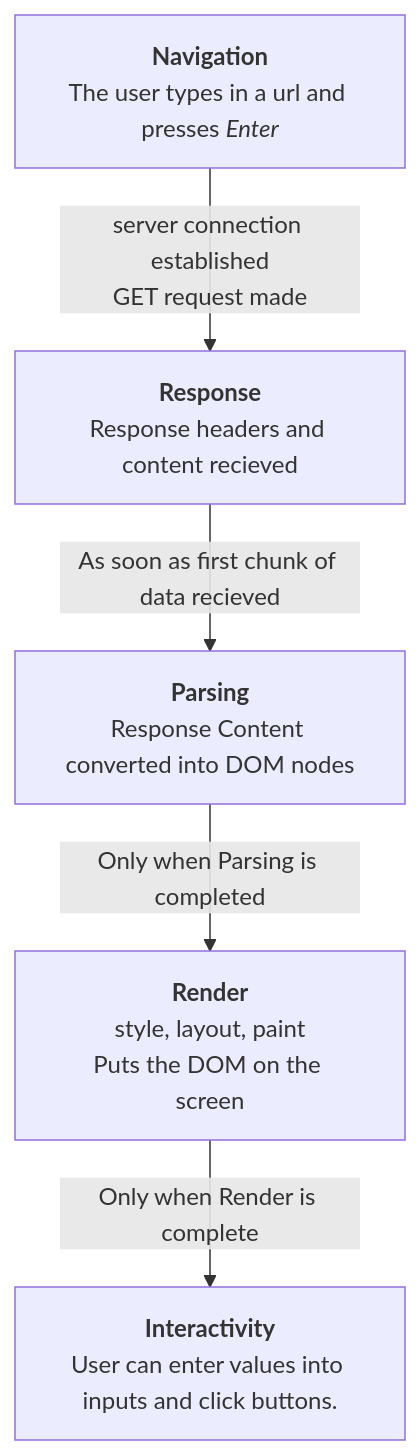
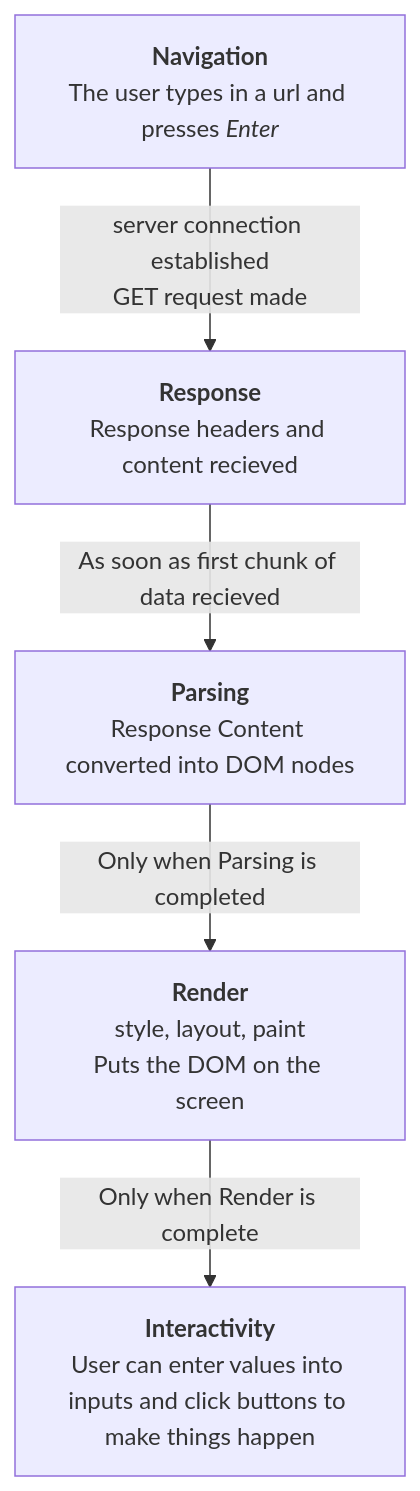
Before and after one commit to andrewyoung918/federated-modules-talk: the first of 2 diagrams in README.md, drawn with Mermaid. The commit also changed other lines of this file and 64 other files, not shown here.

````diff
--- a/README.md
+++ b/README.md
@@ -9,22 +12,22 @@
 ```mermaid
 flowchart TD
     Navigation["`**Navigation**
     The user types in a url and presses *Enter*`"]
     Response["`**Response**
     Response headers and content recieved
     `"]
     Parsing["`**Parsing**
     Response Content converted into DOM nodes 
     `"]
     Render["`**Render**
     style, layout, paint
     Puts the DOM on the screen`"]
     Interactivity["`**Interactivity**
-    User can enter values into inputs and click buttons.`"]
+    User can enter values into inputs and click buttons to make things happen`"]
 
     Navigation -->|"`server connection established
     GET request made`"| Response
     Response -->|"As soon as first chunk of data recieved"| Parsing
     Parsing -->|"Only when Parsing is completed"| Render
     Render -->|"Only when Render is complete"| Interactivity
 ```
````
